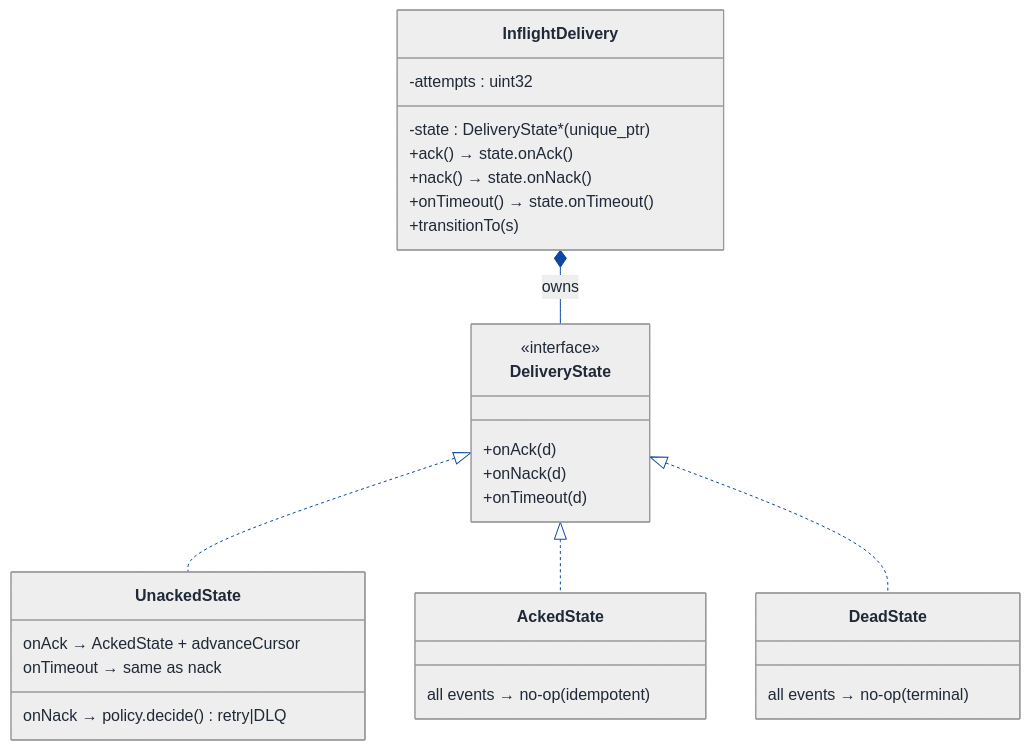
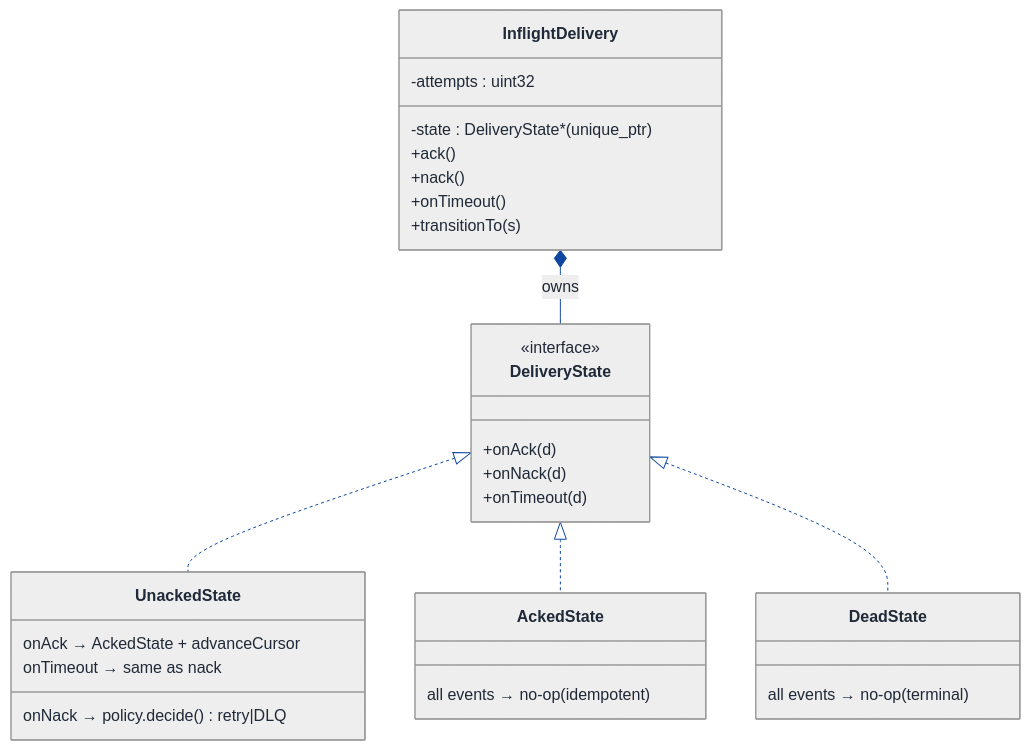
Before and after one commit to Prateek-5/question-bank: the third of 8 diagrams in LLD/Topics/Observer_Pattern/PubSub_Messaging_System.md, drawn with Mermaid. The commit also changed 61 other files, not shown here.

First line of the commit message:
Fix invalid mermaid classDiagram member syntax across LLD walkthroughs

````diff
--- a/LLD/Topics/Observer_Pattern/PubSub_Messaging_System.md
+++ b/LLD/Topics/Observer_Pattern/PubSub_Messaging_System.md
@@ -573,65 +573,65 @@
 ```mermaid
 ---
 config:
   theme: neutral
   themeVariables:
     background: '#ffffff'
     primaryColor: '#cfe2ff'
     primaryTextColor: '#1f2937'
     primaryBorderColor: '#084298'
     secondaryColor: '#fff3cd'
     secondaryTextColor: '#1f2937'
     secondaryBorderColor: '#664d03'
     tertiaryColor: '#d1e7dd'
     tertiaryTextColor: '#1f2937'
     tertiaryBorderColor: '#0a3622'
     lineColor: '#0d47a1'
     textColor: '#1f2937'
     noteBkgColor: '#fff3cd'
     noteTextColor: '#1f2937'
     noteBorderColor: '#997404'
     actorBkg: '#cfe2ff'
     actorBorder: '#084298'
     actorTextColor: '#1f2937'
     signalColor: '#0d47a1'
     signalTextColor: '#1f2937'
     labelBoxBkgColor: '#ffffff'
     labelBoxBorderColor: '#d3d3d3'
     labelTextColor: '#1f2937'
     edgeLabelBackground: '#ffffff'
     labelBackground: '#ffffff'
     classText: '#1f2937'
     fontFamily: 'system-ui, -apple-system, Segoe UI, Helvetica, Arial, sans-serif'
 ---
 classDiagram
   direction TB
   class InflightDelivery {
     -attempts : uint32
     -state : DeliveryState* (unique_ptr)
-    +ack()  → state.onAck()
-    +nack() → state.onNack()
-    +onTimeout() → state.onTimeout()
+    +ack()
+    +nack()
+    +onTimeout()
     +transitionTo(s)
   }
   class DeliveryState {
     <<interface>>
     +onAck(d)
     +onNack(d)
     +onTimeout(d)
   }
   class UnackedState {
     onAck  → AckedState + advanceCursor
     onNack → policy.decide() retry|DLQ
     onTimeout → same as nack
   }
   class AckedState {
     all events → no-op (idempotent)
   }
   class DeadState {
     all events → no-op (terminal)
   }
   InflightDelivery *-- DeliveryState : owns
   DeliveryState <|.. UnackedState
   DeliveryState <|.. AckedState
   DeliveryState <|.. DeadState
 ```
````
